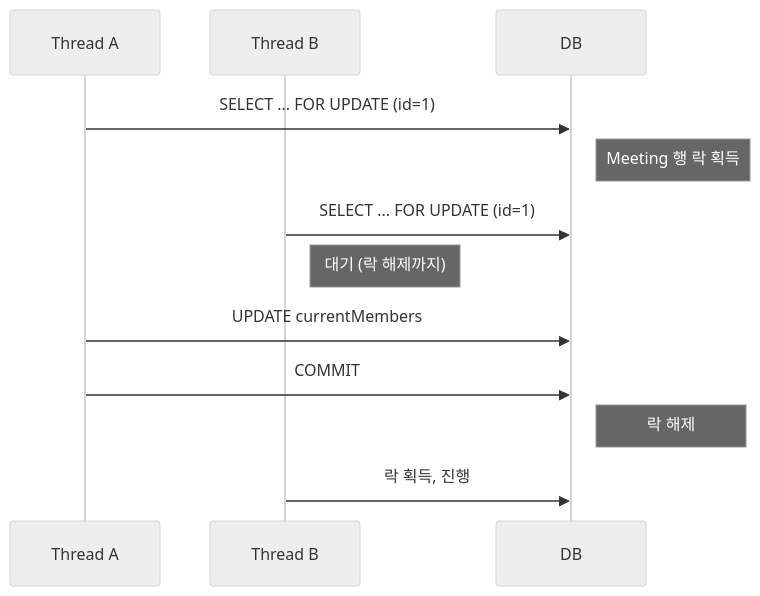
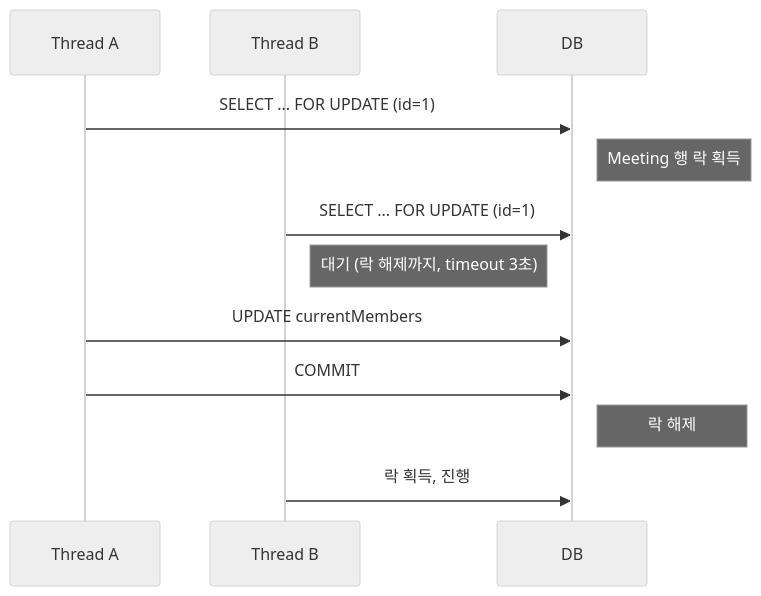
Before and after one commit to beginner0107/eventitta: the fifth of 10 diagrams in docs/ARCHITECTURE.md, drawn with Mermaid (neutral theme). The commit also changed other lines of this file and 3 other files, not shown here.

````diff
--- a/docs/ARCHITECTURE.md
+++ b/docs/ARCHITECTURE.md
@@ -276,15 +243,15 @@
 ```mermaid
 sequenceDiagram
     participant Thread A
     participant Thread B
     participant DB
 
     Thread A->>DB: SELECT ... FOR UPDATE (id=1)
     Note right of DB: Meeting 행 락 획득
     Thread B->>DB: SELECT ... FOR UPDATE (id=1)
-    Note right of Thread B: 대기 (락 해제까지)
+    Note right of Thread B: 대기 (락 해제까지, timeout 3초)
     Thread A->>DB: UPDATE currentMembers
     Thread A->>DB: COMMIT
     Note right of DB: 락 해제
     Thread B->>DB: 락 획득, 진행
 ```
````
